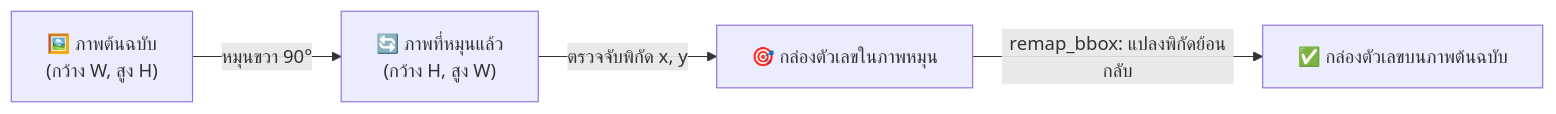
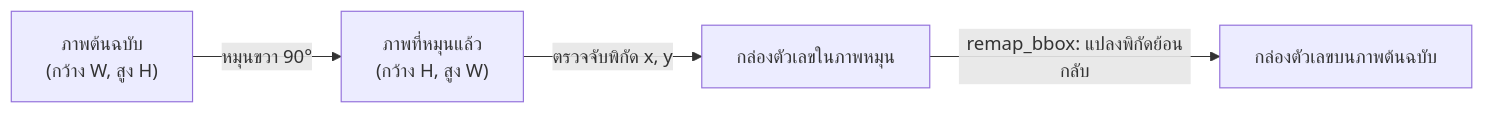
The first of 17 diagrams in TUTORIAL.md (jirathxz/meter-reader), drawn with Mermaid before and after one commit. The commit also changed other lines of this file and 1 other file, not shown here.

Commit message:
style(docs): remove all emojis across documentation and mermaid diagrams

````diff
--- a/TUTORIAL.md
+++ b/TUTORIAL.md
@@ -317,6 +317,6 @@
 ```mermaid
 flowchart LR
-  A["🖼️ ภาพต้นฉบับ<br/>(กว้าง W, สูง H)"] -->|"หมุนขวา 90°"| B["🔄 ภาพที่หมุนแล้ว<br/>(กว้าง H, สูง W)"]
-  B -->|"ตรวจจับพิกัด x, y"| C["🎯 กล่องตัวเลขในภาพหมุน"]
-  C -->|"remap_bbox: แปลงพิกัดย้อนกลับ"| D["✅ กล่องตัวเลขบนภาพต้นฉบับ"]
+  A["ภาพต้นฉบับ<br/>(กว้าง W, สูง H)"] -->|"หมุนขวา 90°"| B["ภาพที่หมุนแล้ว<br/>(กว้าง H, สูง W)"]
+  B -->|"ตรวจจับพิกัด x, y"| C["กล่องตัวเลขในภาพหมุน"]
+  C -->|"remap_bbox: แปลงพิกัดย้อนกลับ"| D["กล่องตัวเลขบนภาพต้นฉบับ"]
 ```
````
